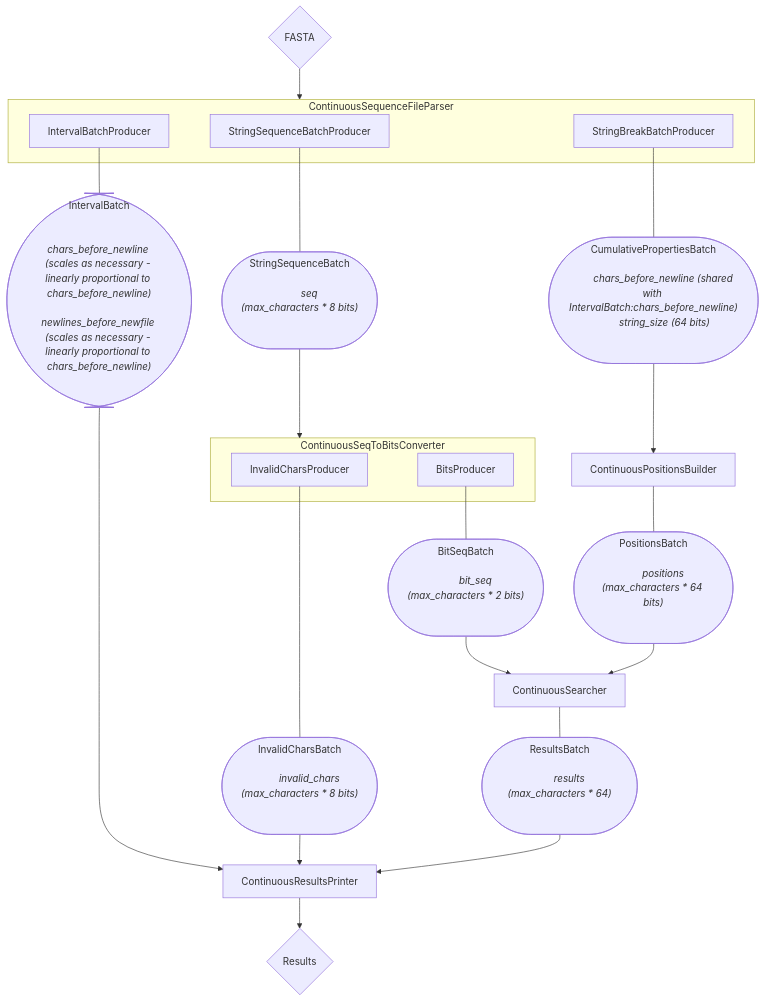
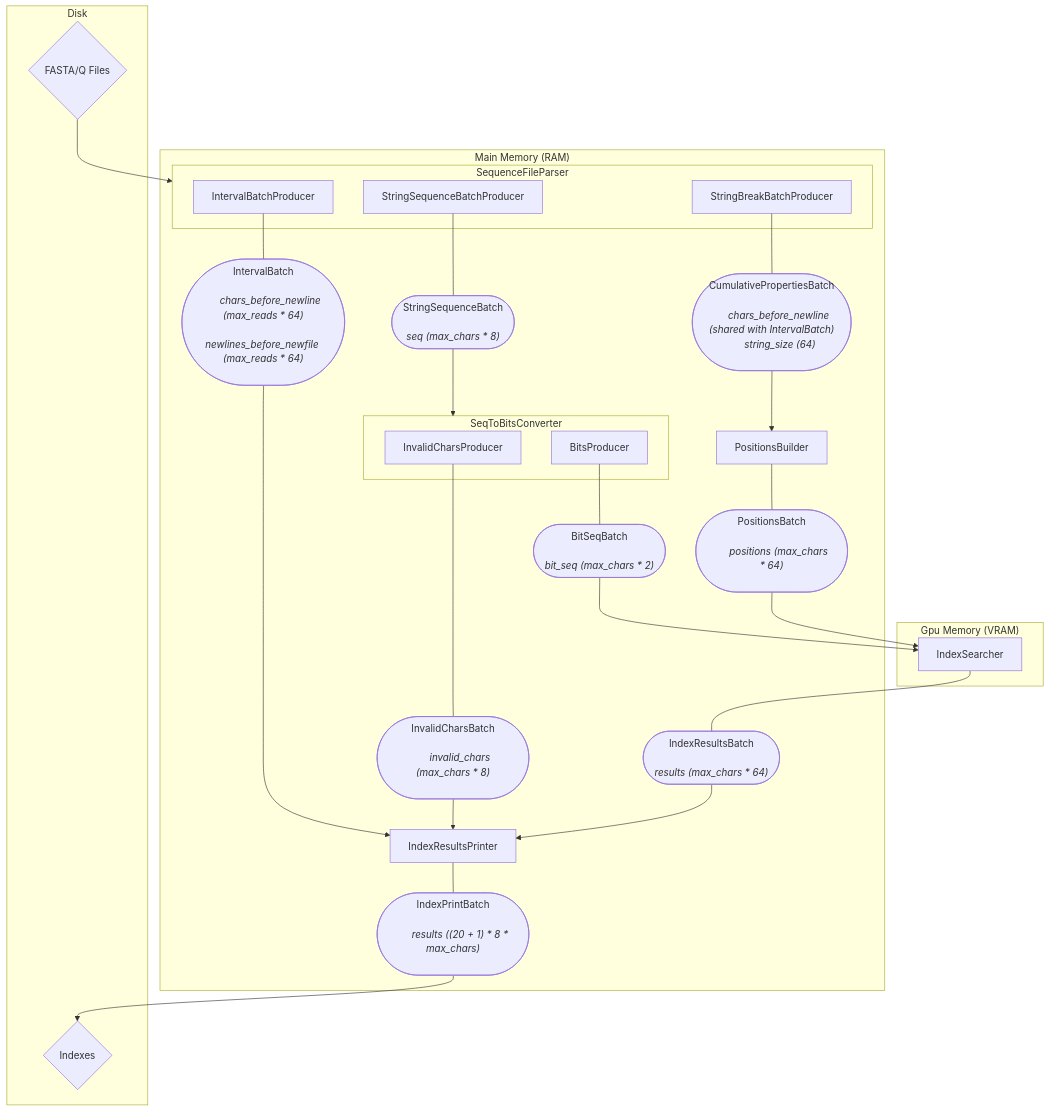
One commit to CowKeyMan/SBWT-Search changed the diagram in documentation/Documents/ProjectDocumentation/graphs/IndexSearchComponentsPipeline.mmd. Above: the diagram before and after it, drawn with Mermaid. The commit also changed 1 other file, not shown here.

```diff
--- a/documentation/Documents/ProjectDocumentation/graphs/IndexSearchComponentsPipeline.mmd
+++ b/documentation/Documents/ProjectDocumentation/graphs/IndexSearchComponentsPipeline.mmd
@@ -1,82 +1,94 @@
 flowchart TD
+subgraph "Main Memory (RAM)"
+    subgraph SequenceFileParser
+      StringSequenceBatchProducer
+      StringBreakBatchProducer
+      IntervalBatchProducer
+    end
+
+    subgraph SeqToBitsConverter
+      InvalidCharsProducer
+      BitsProducer
+    end
     StringSequenceBatch(["
-    StringSequenceBatch
-        <i>
-        seq (max_characters * 8 bits)
-
-        </i>
+      StringSequenceBatch
+      <i>
+      seq (max_chars * 8)
+      </i>
     "])
     InvalidCharsBatch(["
-        InvalidCharsBatch
-        <i>
-        invalid_chars (max_characters * 8 bits)
-
-        </i>
+      InvalidCharsBatch
+      <i>
+      invalid_chars (max_chars * 8)
+      </i>
     "])
     PositionsBatch(["
-        PositionsBatch
-        <i>
-        positions (max_characters * 64 bits)
-
-        </i>
+      PositionsBatch
+      <i>
+      positions (max_chars * 64)
+      </i>
     "])
     IntervalBatch(["
-        IntervalBatch
-        <i>
-        chars_before_newline (scales as necessary - linearly proportional to chars_before_newline)
-        newlines_before_newfile (scales as necessary - linearly proportional to chars_before_newline)
-
-        </i>
+      IntervalBatch
+      <i>
+      chars_before_newline (max_reads * 64)
+      newlines_before_newfile (max_reads * 64)
+      </i>
     "])
-    ResultsBatch(["
-        ResultsBatch
-        <i>
-        results (max_characters * 64)
-
-        </i>
+    IndexResultsBatch(["
+      IndexResultsBatch
+      <i>
+      results (max_chars * 64)
+      </i>
     "])
     StringBreakBatch(["
-        CumulativePropertiesBatch
-        <i>
-        chars_before_newline (shared with IntervalBatch:chars_before_newline)
-        string_size (64 bits)
-
-        </i>
+      CumulativePropertiesBatch
+      <i>
+      chars_before_newline (shared with IntervalBatch)
+      string_size (64)
+      </i>
     "])
     BitSeqBatch(["
-        BitSeqBatch
-        <i>
-        bit_seq (max_characters * 2 bits)
+      BitSeqBatch
+      <i>
+      bit_seq (max_chars * 2)
+      </i>
+    "])
+    IndexPrintBatch(["
+      IndexPrintBatch
+      <i>
+      results ((20 + 1) * 8 * max_chars)
+      </i>
+    "])
+    PositionsBuilder
+    IndexResultsPrinter
+  end
+  subgraph Disk
+    FASTA{FASTA/Q Files}
+    Indexes{Indexes}
+  end
+  subgraph "Gpu Memory (VRAM)"
+    IndexSearcher
+  end
 
-        </i>
-    "])
 
-    FASTA{FASTA}-->ContinuousSequenceFileParser
-    subgraph ContinuousSequenceFileParser
-        StringSequenceBatchProducer
-        StringBreakBatchProducer
-        IntervalBatchProducer
-    end
+  FASTA --> SequenceFileParser
 
-    subgraph ContinuousSeqToBitsConverter
-        InvalidCharsProducer
-        BitsProducer
-    end
+  StringSequenceBatchProducer --- StringSequenceBatch
+  StringBreakBatchProducer --- StringBreakBatch
+  IntervalBatchProducer --- IntervalBatch
+  InvalidCharsProducer --- InvalidCharsBatch
+  BitsProducer --- BitSeqBatch
+  PositionsBuilder --- PositionsBatch
+  IndexSearcher --- IndexResultsBatch
 
-    StringSequenceBatchProducer --- StringSequenceBatch
-    StringBreakBatchProducer --- StringBreakBatch
-    IntervalBatchProducer --- IntervalBatch
-    InvalidCharsProducer --- InvalidCharsBatch
-    BitsProducer --- BitSeqBatch
-    ContinuousPositionsBuilder --- PositionsBatch
-    ContinuousSearcher --- ResultsBatch
+  StringSequenceBatch --> SeqToBitsConverter
+  StringBreakBatch --> PositionsBuilder
+  IntervalBatch --> IndexResultsPrinter
+  InvalidCharsBatch --> IndexResultsPrinter
+  BitSeqBatch --> IndexSearcher
+  PositionsBatch --> IndexSearcher
+  IndexResultsBatch --> IndexResultsPrinter
 
-    StringSequenceBatch-->ContinuousSeqToBitsConverter
-    StringBreakBatch-->ContinuousPositionsBuilder
-    IntervalBatch --> ContinuousResultsPrinter
-    InvalidCharsBatch --> ContinuousResultsPrinter
-    BitSeqBatch --> ContinuousSearcher
-    PositionsBatch --> ContinuousSearcher
-    ResultsBatch --> ContinuousResultsPrinter
-
-    ContinuousResultsPrinter--> ResultFiles{Results}
+  IndexResultsPrinter --- IndexPrintBatch
+  IndexPrintBatch --> Indexes
```
